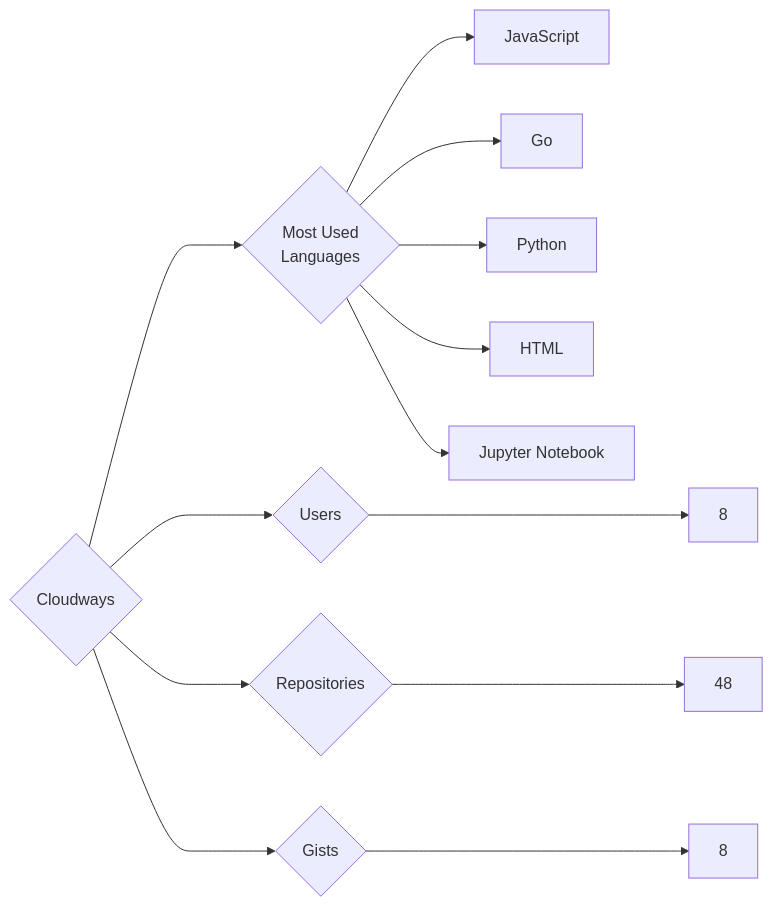
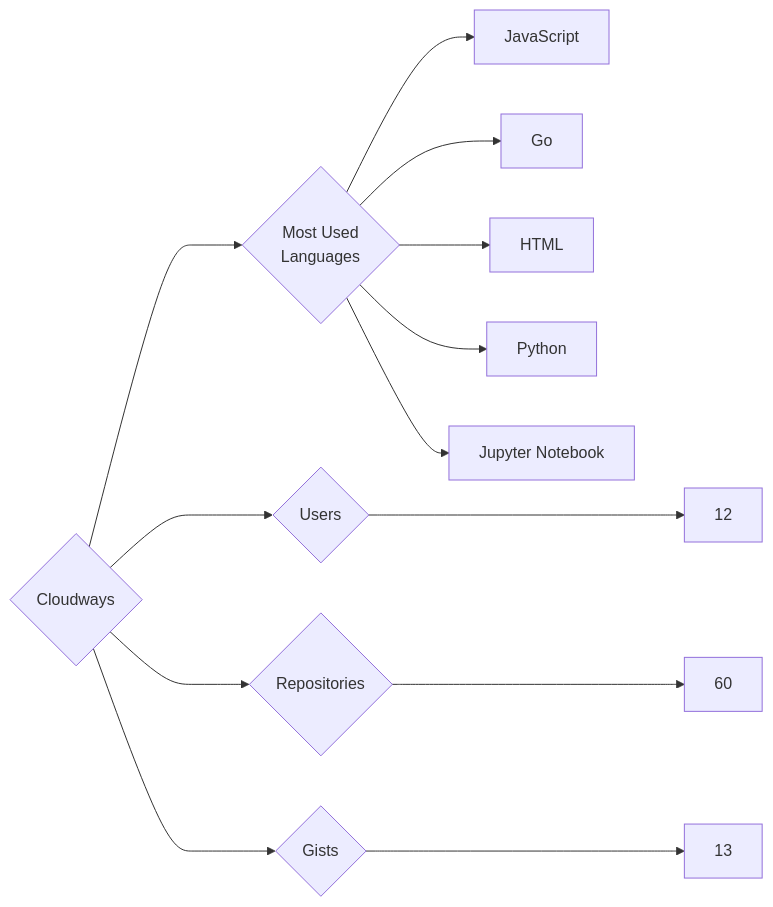
Before and after one commit to trickest/insiders: the diagram in targets/Cloudways/README.md, drawn with Mermaid. The commit also changed 942 other files, not shown here.

````diff
--- a/targets/Cloudways/README.md
+++ b/targets/Cloudways/README.md
@@ -3,13 +3,13 @@
 ```mermaid
 graph LR
 COMPANY_NAME{Cloudways}
-COMPANY_NAME ---> U{Users} ---> UN[8]
-COMPANY_NAME ---> R{Repositories} ---> RN[48]
-COMPANY_NAME ---> G{Gists} ---> GN[8]
+COMPANY_NAME ---> U{Users} ---> UN[12]
+COMPANY_NAME ---> R{Repositories} ---> RN[60]
+COMPANY_NAME ---> G{Gists} ---> GN[13]
 COMPANY_NAME ---> ML{Most Used<br>Languages}
 ML --> JavaScript[JavaScript]
 ML --> Go[Go]
+ML --> HTML[HTML]
 ML --> Python[Python]
-ML --> HTML[HTML]
 ML --> Jupyter_Notebook[Jupyter Notebook]
 ```
````
